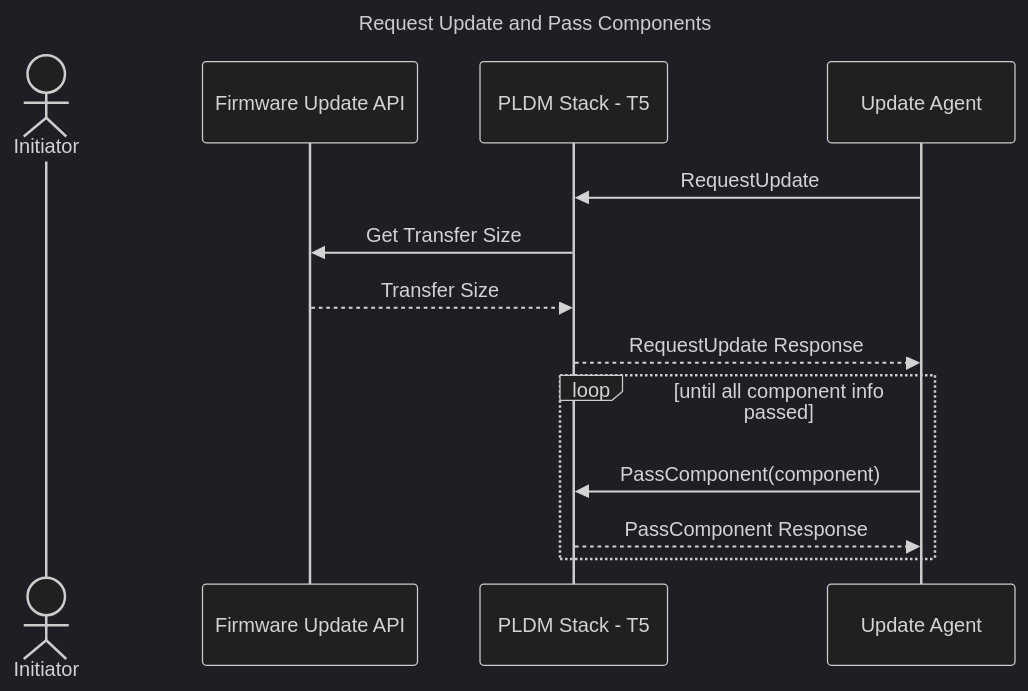
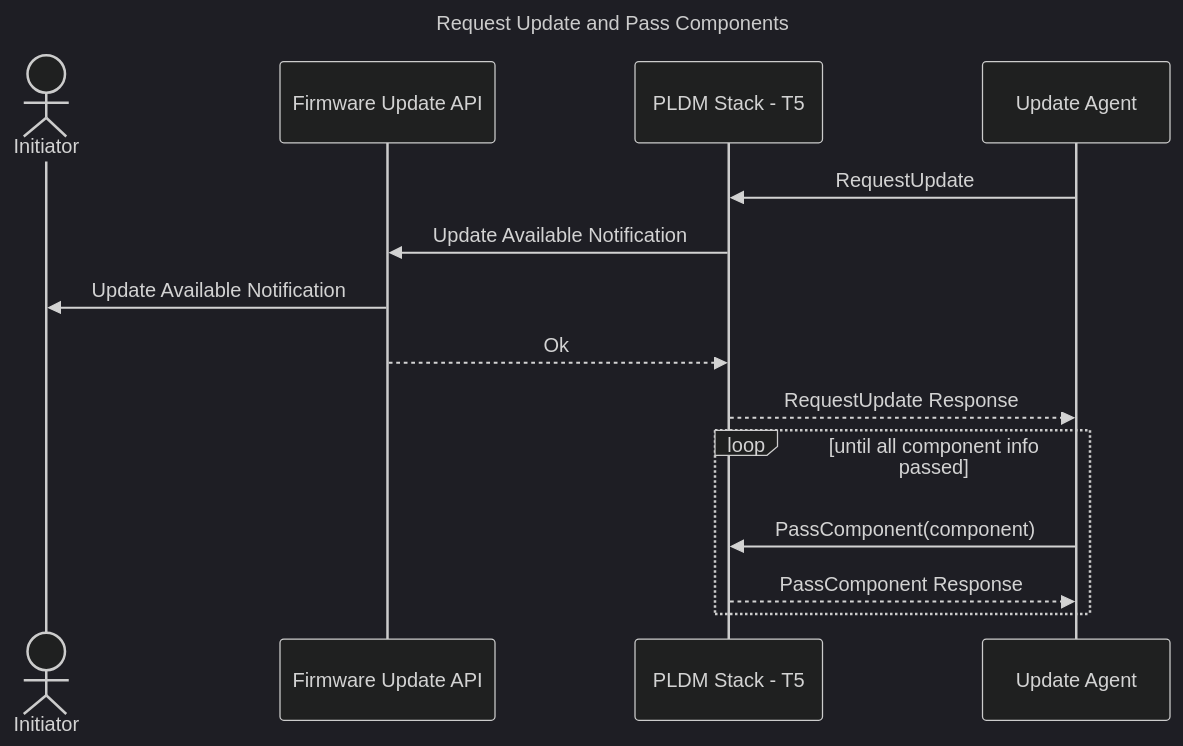
Before and after one commit to chipsalliance/caliptra-mcu-sw: the fourth of 9 diagrams in docs/src/firmware_update.md, drawn with Mermaid (dark theme). The commit also changed other lines of this file and 905 other files, not shown here.

````diff
--- a/docs/src/firmware_update.md
+++ b/docs/src/firmware_update.md
@@ -68,19 +68,20 @@
 ```mermaid
 sequenceDiagram
     title Request Update and Pass Components
 
     actor App as Initiator
     participant API as Firmware Update API
     participant Firmware as PLDM Stack - T5
     participant PLDM as Update Agent
 
     PLDM->>Firmware: RequestUpdate
-    Firmware->>API: Get Transfer Size
-    API-->>Firmware: Transfer Size
+    Firmware->>API: Update Available Notification
+    API->>App: Update Available Notification
+    API-->>Firmware: Ok
     Firmware-->>PLDM: RequestUpdate Response
 
     loop until all component info passed
         PLDM->>Firmware: PassComponent(component)
         Firmware-->>PLDM: PassComponent Response
     end
 ```
````
